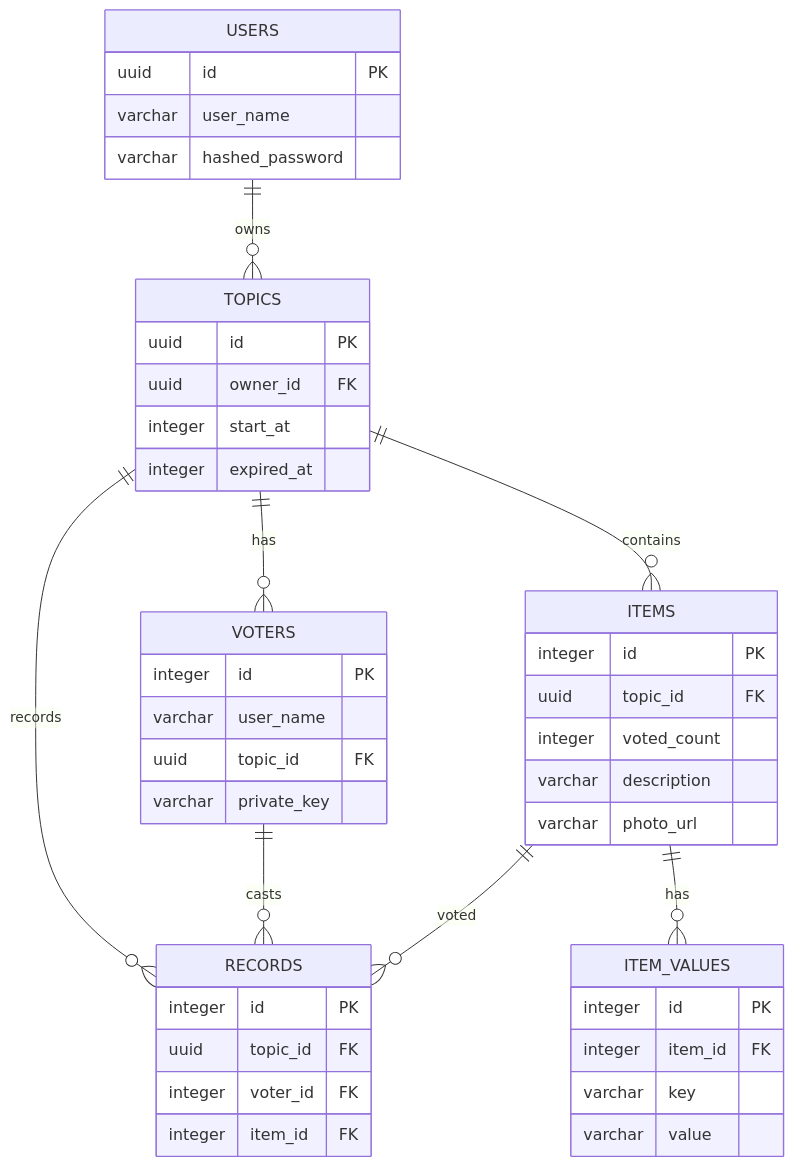
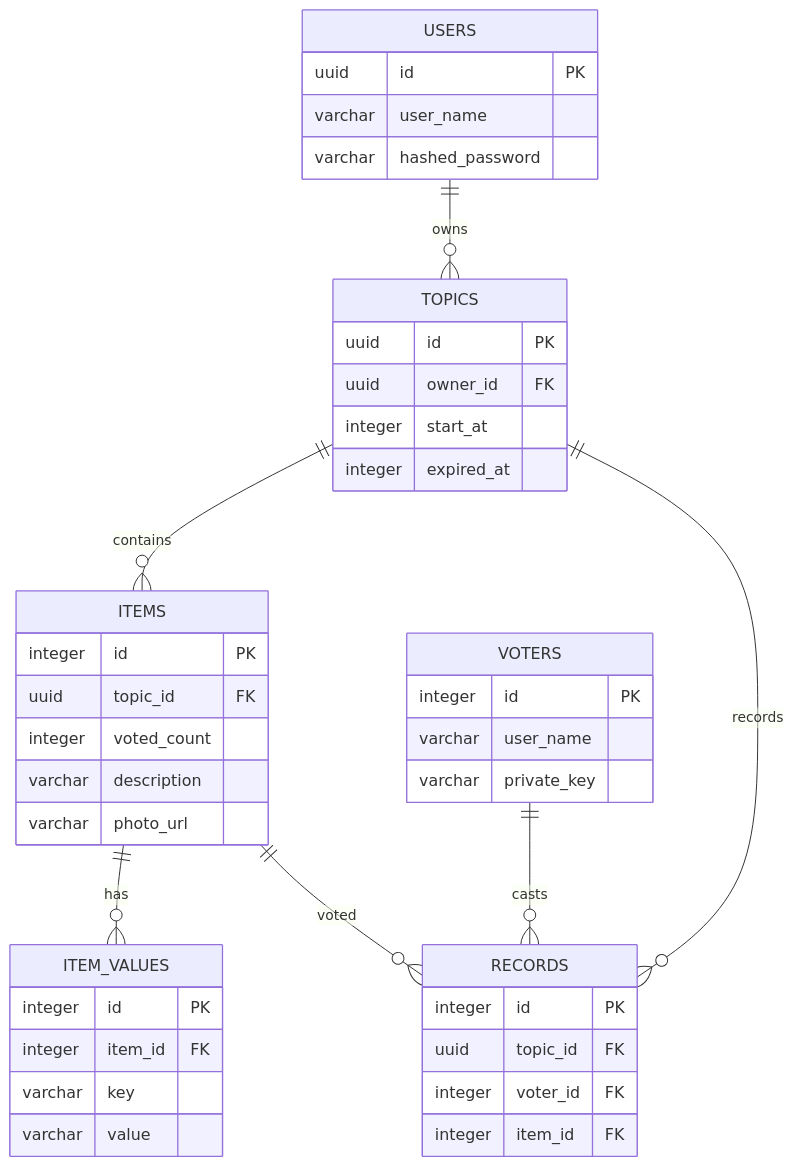
The diagram in docs/db_schema.md (zukigit/zukivote), drawn with Mermaid before and after one commit. The commit also changed other lines of this file, not shown here.

Commit message:
doc: remove voters.topic_id

````diff
--- a/docs/db_schema.md
+++ b/docs/db_schema.md
@@ -5,52 +5,50 @@
 ```mermaid
 erDiagram
     USERS {
         uuid id PK
         varchar user_name
         varchar hashed_password
     }
 
     TOPICS {
         uuid id PK
         uuid owner_id FK
         integer start_at
         integer expired_at
     }
 
     VOTERS {
         integer id PK
         varchar user_name
-        uuid topic_id FK
         varchar private_key
     }
 
     ITEMS {
         integer id PK
         uuid topic_id FK
         integer voted_count
         varchar description
         varchar photo_url
     }
 
     ITEM_VALUES {
         integer id PK
         integer item_id FK
         varchar key
         varchar value
     }
 
     RECORDS {
         integer id PK
         uuid topic_id FK
         integer voter_id FK
         integer item_id FK
     }
 
     USERS ||--o{ TOPICS : owns
-    TOPICS ||--o{ VOTERS : has
     TOPICS ||--o{ ITEMS : contains
     ITEMS ||--o{ ITEM_VALUES : has
     TOPICS ||--o{ RECORDS : records
     VOTERS ||--o{ RECORDS : casts
     ITEMS ||--o{ RECORDS : voted
 ```
````
